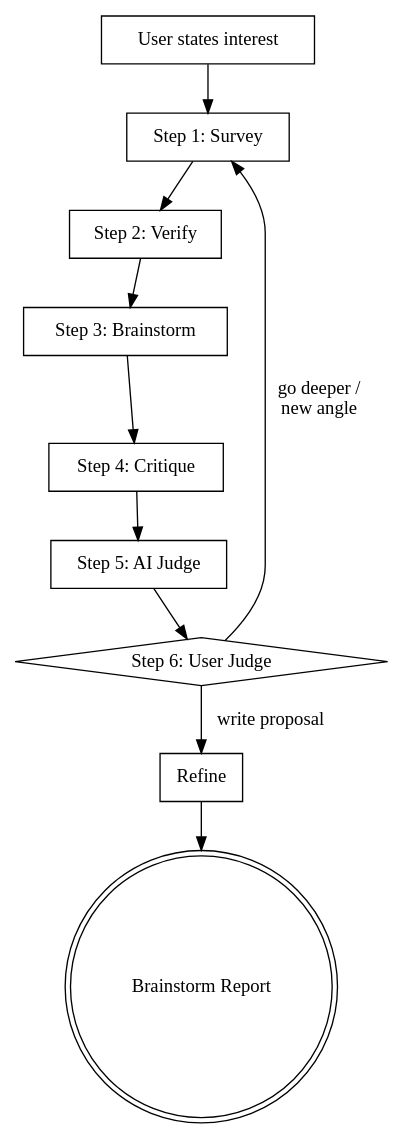
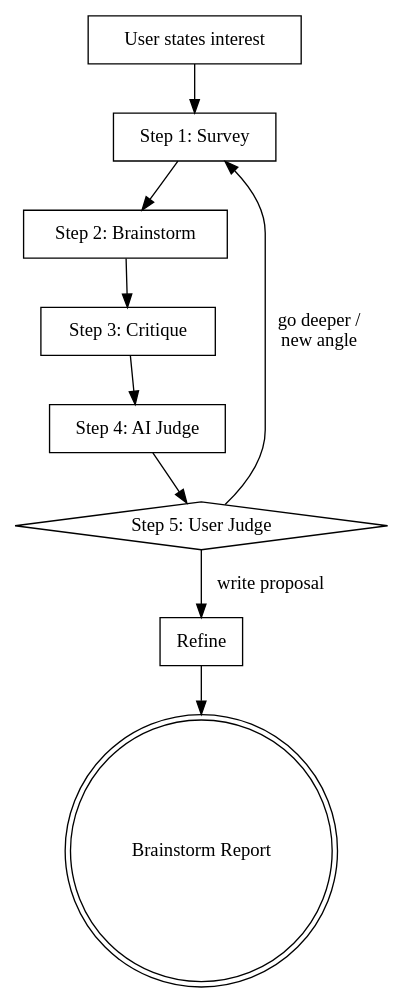
One commit to QuantumBFS/sci-brain changed the second of 2 diagrams in skills/sci-brainstorm/SKILL.md. Above: the diagram before and after it, drawn with Graphviz. The commit also changed other lines of this file and 7 other files, not shown here.

````diff
--- a/skills/sci-brainstorm/SKILL.md
+++ b/skills/sci-brainstorm/SKILL.md
@@ -65,23 +65,21 @@
 ```dot
 digraph sci_brainstorm {
     "User states interest" [shape=box];
     "Step 1: Survey" [shape=box];
-    "Step 2: Verify" [shape=box];
-    "Step 3: Brainstorm" [shape=box];
-    "Step 4: Critique" [shape=box];
-    "Step 5: AI Judge" [shape=box];
-    "Step 6: User Judge" [shape=diamond];
+    "Step 2: Brainstorm" [shape=box];
+    "Step 3: Critique" [shape=box];
+    "Step 4: AI Judge" [shape=box];
+    "Step 5: User Judge" [shape=diamond];
     "Refine" [shape=box];
     "Brainstorm Report" [shape=doublecircle];
 
     "User states interest" -> "Step 1: Survey";
-    "Step 1: Survey" -> "Step 2: Verify";
-    "Step 2: Verify" -> "Step 3: Brainstorm";
-    "Step 3: Brainstorm" -> "Step 4: Critique";
-    "Step 4: Critique" -> "Step 5: AI Judge";
-    "Step 5: AI Judge" -> "Step 6: User Judge";
-    "Step 6: User Judge" -> "Step 1: Survey" [label="go deeper /\nnew angle"];
-    "Step 6: User Judge" -> "Refine" [label="write proposal"];
+    "Step 1: Survey" -> "Step 2: Brainstorm";
+    "Step 2: Brainstorm" -> "Step 3: Critique";
+    "Step 3: Critique" -> "Step 4: AI Judge";
+    "Step 4: AI Judge" -> "Step 5: User Judge";
+    "Step 5: User Judge" -> "Step 1: Survey" [label="go deeper /\nnew angle"];
+    "Step 5: User Judge" -> "Refine" [label="write proposal"];
     "Refine" -> "Brainstorm Report";
 }
 ```
````
